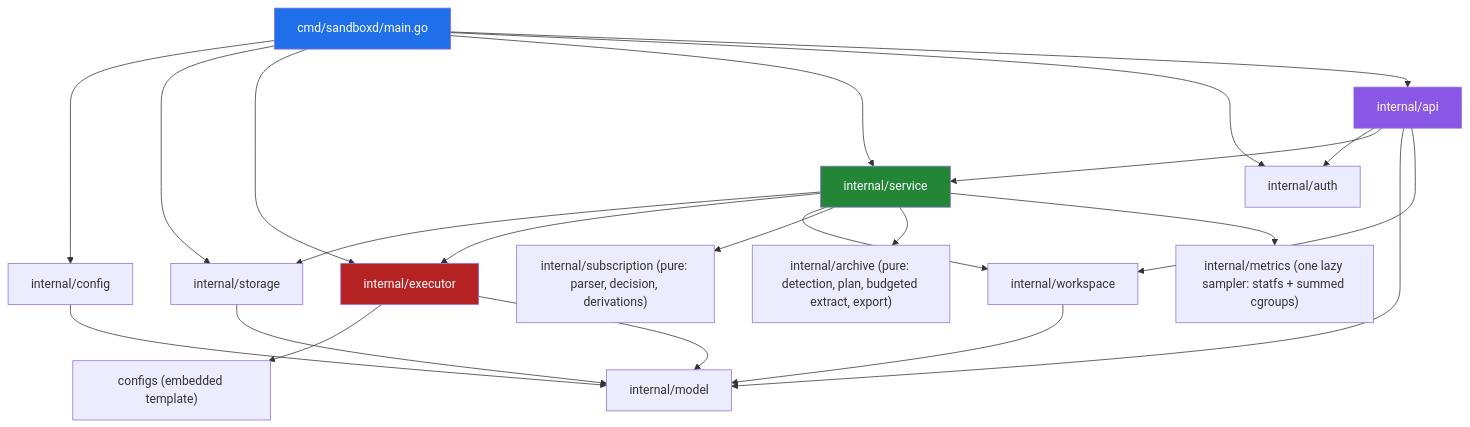
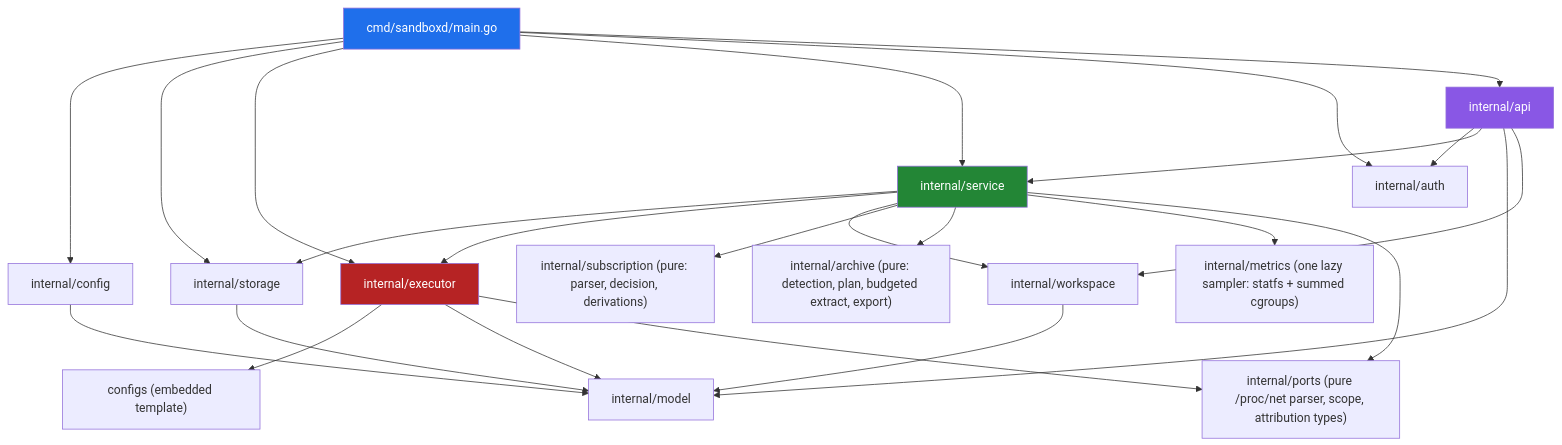
Before and after one commit to M3-mo2/cloud-service: the second of 23 diagrams in docs/ARCHITECTURE.md, drawn with Mermaid. The commit also changed other lines of this file and 18 other files, not shown here.

First line of the commit message:
docs(ports): ADR 96, API/SPEC/OpenAPI/ARCHITECTURE/VERIFICATION, example config

````diff
--- a/docs/ARCHITECTURE.md
+++ b/docs/ARCHITECTURE.md
@@ -135,32 +135,34 @@
 ```mermaid
 flowchart TD
     MAIN["cmd/sandboxd/main.go"] --> CFG["internal/config"]
     MAIN --> STORE["internal/storage"]
     MAIN --> RUN["internal/executor"]
     MAIN --> SVC["internal/service"]
     MAIN --> AUTHN["internal/auth"]
     MAIN --> API["internal/api"]
 
     API --> AUTHN
     API --> SVC
     API --> MODEL["internal/model"]
     API --> WS["internal/workspace"]
 
     SVC --> STORE
     SVC --> RUN
     SVC --> WS
     SVC --> SUB["internal/subscription (pure: parser, decision, derivations)"]
     SVC --> ARC["internal/archive (pure: detection, plan, budgeted extract, export)"]
     SVC --> MET["internal/metrics (one lazy sampler: statfs + summed cgroups)"]
+    SVC --> PORTS["internal/ports (pure /proc/net parser, scope, attribution types)"]
 
     RUN --> CFGS["configs (embedded template)"]
     RUN --> MODEL
+    RUN --> PORTS
     STORE --> MODEL
     WS --> MODEL
     CFG --> MODEL
 
     style MAIN fill:#1f6feb,color:#fff
     style API fill:#8957e5,color:#fff
     style SVC fill:#238636,color:#fff
     style RUN fill:#b62324,color:#fff
 ```
````
